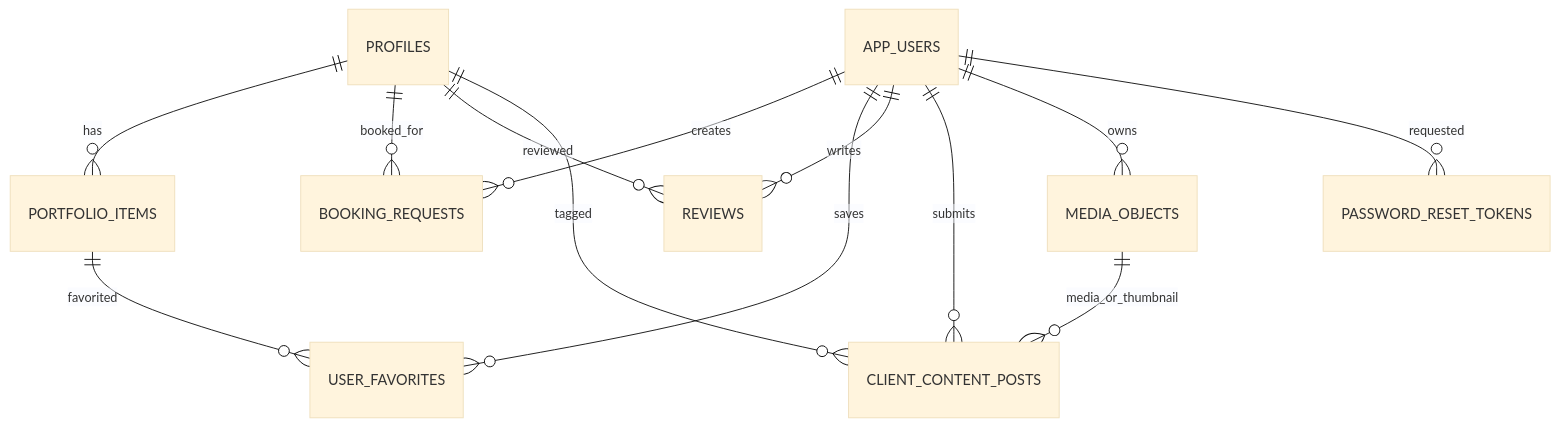
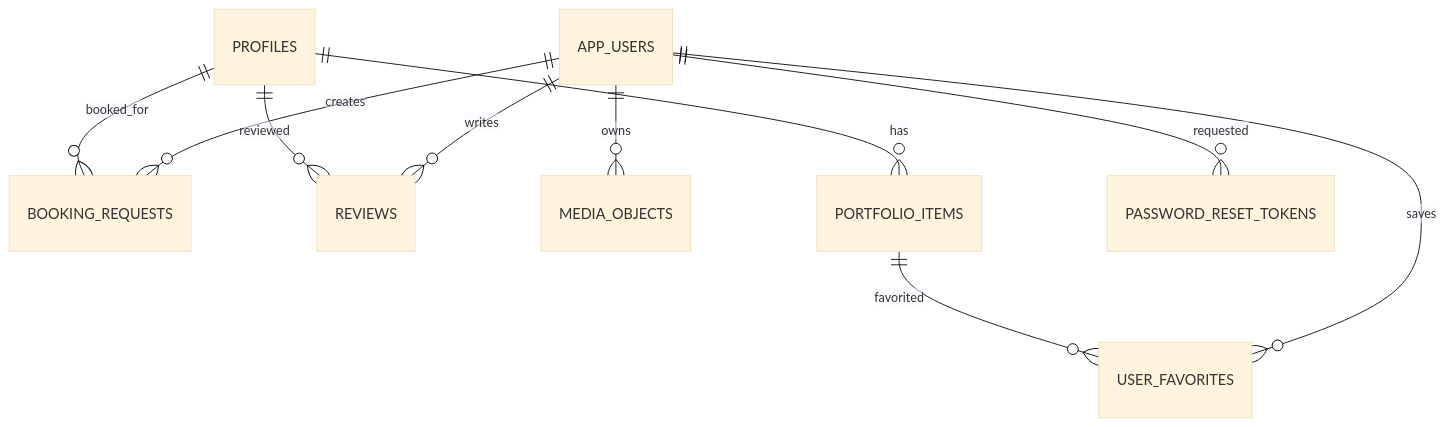
Before and after one commit to GMesquita07/saltos_nas_palhacadas: the fifth of 5 diagrams in docs/ARCHITECTURE.md, drawn with Mermaid (base theme). The commit also changed other lines of this file and 62 other files, not shown here.

Commit message:
feat: remove client content feature

````diff
--- a/docs/ARCHITECTURE.md
+++ b/docs/ARCHITECTURE.md
@@ -120,15 +120,12 @@
 ```mermaid
 erDiagram
   APP_USERS ||--o{ BOOKING_REQUESTS : creates
   APP_USERS ||--o{ USER_FAVORITES : saves
   APP_USERS ||--o{ REVIEWS : writes
-  APP_USERS ||--o{ CLIENT_CONTENT_POSTS : submits
   APP_USERS ||--o{ MEDIA_OBJECTS : owns
   PROFILES ||--o{ PORTFOLIO_ITEMS : has
   PROFILES ||--o{ BOOKING_REQUESTS : booked_for
   PROFILES ||--o{ REVIEWS : reviewed
-  PROFILES ||--o{ CLIENT_CONTENT_POSTS : tagged
   PORTFOLIO_ITEMS ||--o{ USER_FAVORITES : favorited
-  MEDIA_OBJECTS ||--o{ CLIENT_CONTENT_POSTS : media_or_thumbnail
   APP_USERS ||--o{ PASSWORD_RESET_TOKENS : requested
 ```
````
